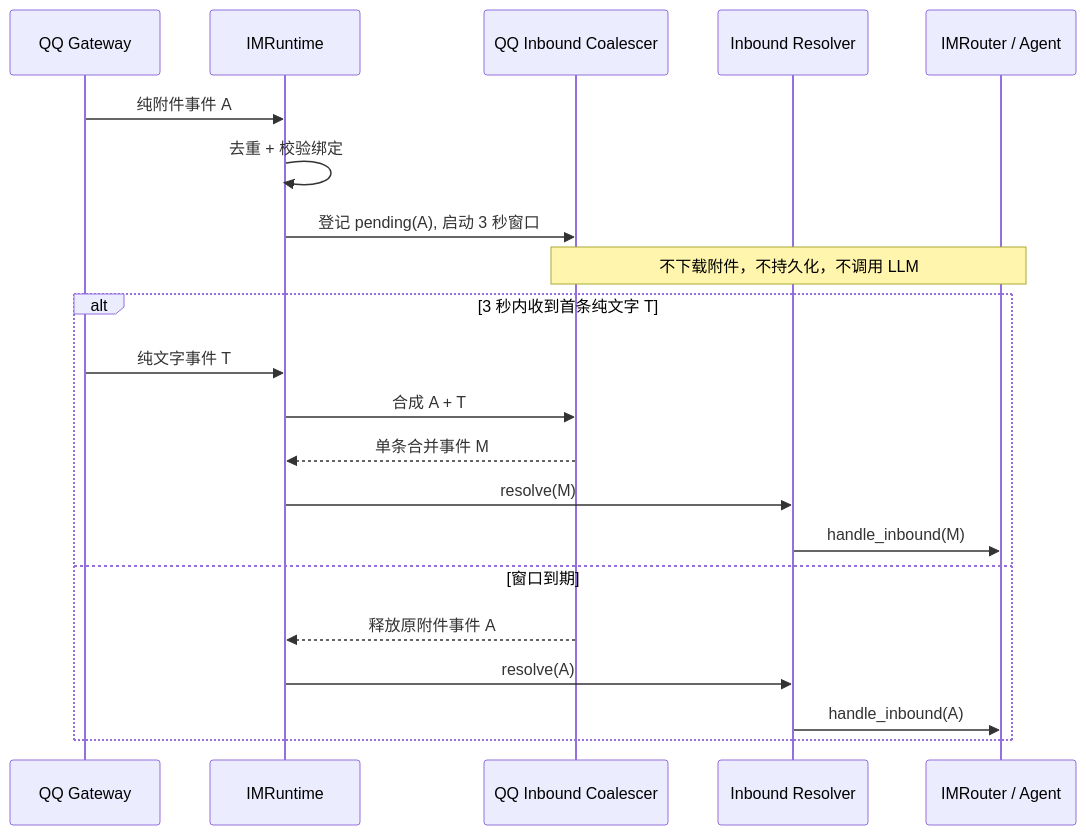
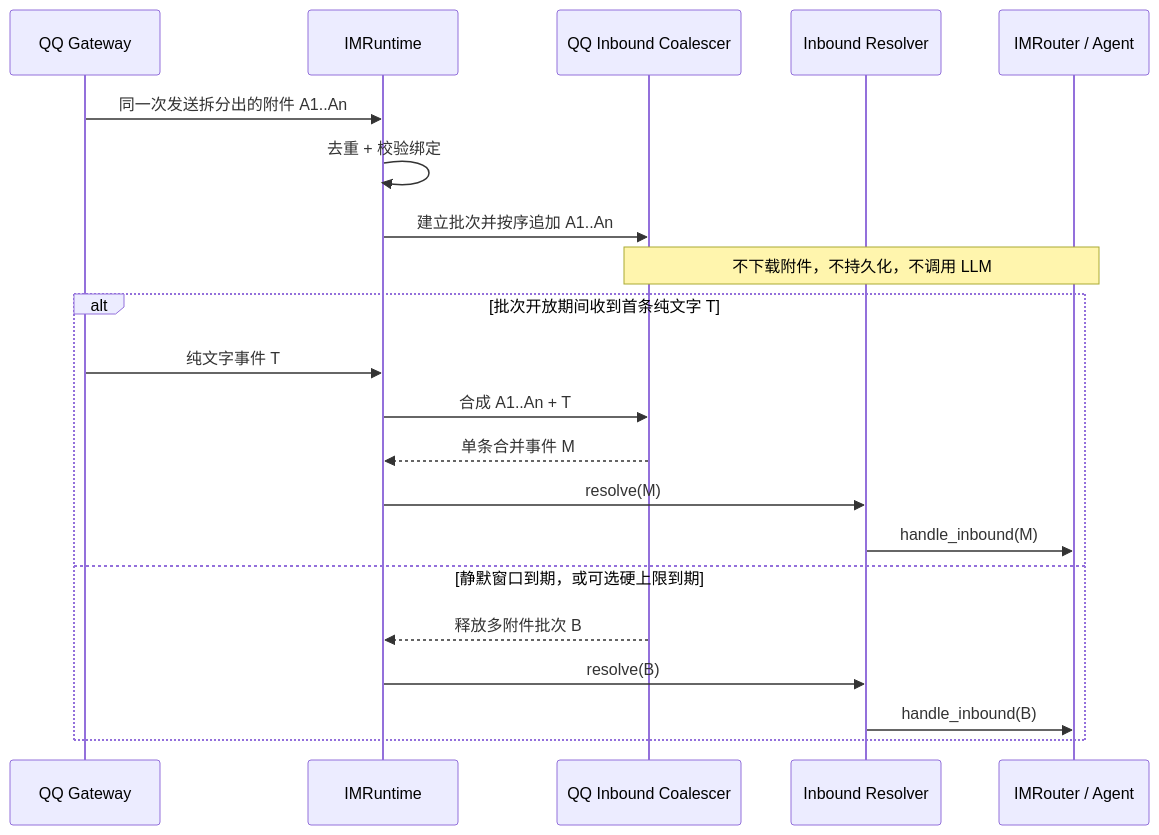
Before and after one commit to A1m233/agent-friend: the first of 2 diagrams in docs/requirements/105-qq-image-text-message-coalescing/design.md, drawn with Mermaid. The commit also changed other lines of this file and 7 other files, not shown here.

First line of the commit message:
fix(im): 聚合 QQ 一次发送的多张图片

````diff
--- a/docs/requirements/105-qq-image-text-message-coalescing/design.md
+++ b/docs/requirements/105-qq-image-text-message-coalescing/design.md
@@ -47,25 +47,25 @@
 ```mermaid
 sequenceDiagram
     participant QQ as QQ Gateway
     participant RT as IMRuntime
     participant C as QQ Inbound Coalescer
     participant R as Inbound Resolver
     participant A as IMRouter / Agent
 
-    QQ->>RT: 纯附件事件 A
+    QQ->>RT: 同一次发送拆分出的附件 A1..An
     RT->>RT: 去重 + 校验绑定
-    RT->>C: 登记 pending(A), 启动 3 秒窗口
+    RT->>C: 建立批次并按序追加 A1..An
     Note over C,A: 不下载附件，不持久化，不调用 LLM
 
-    alt 3 秒内收到首条纯文字 T
+    alt 批次开放期间收到首条纯文字 T
         QQ->>RT: 纯文字事件 T
-        RT->>C: 合成 A + T
+        RT->>C: 合成 A1..An + T
         C-->>RT: 单条合并事件 M
         RT->>R: resolve(M)
         R->>A: handle_inbound(M)
-    else 窗口到期
-        C-->>RT: 释放原附件事件 A
-        RT->>R: resolve(A)
-        R->>A: handle_inbound(A)
+    else 静默窗口到期，或可选硬上限到期
+        C-->>RT: 释放多附件批次 B
+        RT->>R: resolve(B)
+        R->>A: handle_inbound(B)
     end
 ```
````
